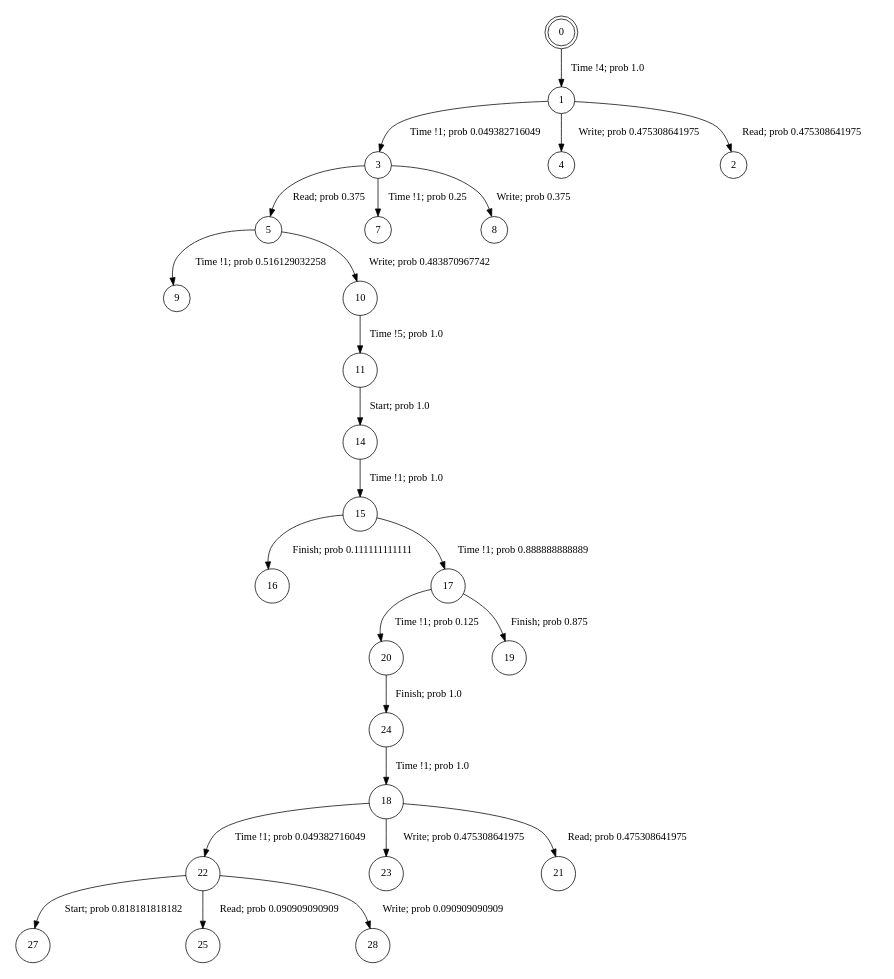
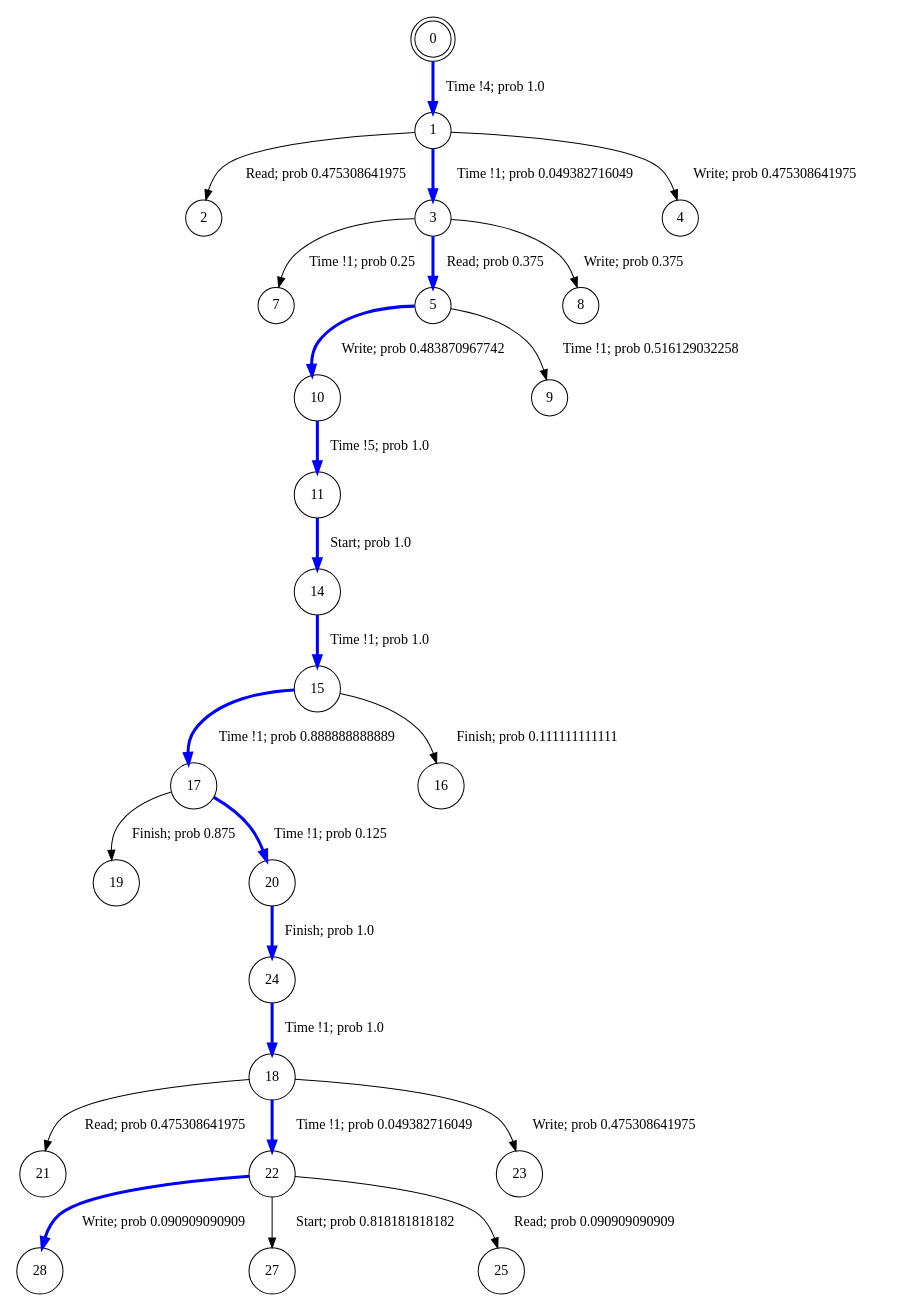
The diagram in state-space-analysis/experiments/results/tpts-golden-3.dot (irmanfaqrizal/ptsv), drawn with Graphviz before and after one commit. The commit also changed 25 other files, not shown here.

```diff
--- a/state-space-analysis/experiments/results/tpts-golden-3.dot
+++ b/state-space-analysis/experiments/results/tpts-golden-3.dot
@@ -1,30 +1,30 @@
 digraph BCG {
 size = "7, 10.5";
 center = TRUE;
 node [shape = circle];
 0 [peripheries = 2];
-0 -> 1  [label = "Time !4; prob 1.0"];
-1 -> 3  [label = "Time !1; prob 0.049382716049"];
+0 -> 1  [label = "Time !4; prob 1.0", color = "blue", penwidth=3];
+1 -> 2  [label = "Read; prob 0.475308641975"];
+1 -> 3  [label = "Time !1; prob 0.049382716049", color = "blue", penwidth=3];
 1 -> 4  [label = "Write; prob 0.475308641975"];
-1 -> 2  [label = "Read; prob 0.475308641975"];
-3 -> 5  [label = "Read; prob 0.375"];
 3 -> 7  [label = "Time !1; prob 0.25"];
+3 -> 5  [label = "Read; prob 0.375", color = "blue", penwidth=3];
 3 -> 8  [label = "Write; prob 0.375"];
+5 -> 10  [label = "Write; prob 0.483870967742", color = "blue", penwidth=3];
 5 -> 9  [label = "Time !1; prob 0.516129032258"];
-5 -> 10  [label = "Write; prob 0.483870967742"];
-10 -> 11  [label = "Time !5; prob 1.0"];
-11 -> 14  [label = "Start; prob 1.0"];
-14 -> 15  [label = "Time !1; prob 1.0"];
+10 -> 11  [label = "Time !5; prob 1.0", color = "blue", penwidth=3];
+11 -> 14  [label = "Start; prob 1.0", color = "blue", penwidth=3];
+14 -> 15  [label = "Time !1; prob 1.0", color = "blue", penwidth=3];
+15 -> 17  [label = "Time !1; prob 0.888888888889", color = "blue", penwidth=3];
 15 -> 16  [label = "Finish; prob 0.111111111111"];
-15 -> 17  [label = "Time !1; prob 0.888888888889"];
-17 -> 20  [label = "Time !1; prob 0.125"];
 17 -> 19  [label = "Finish; prob 0.875"];
-18 -> 22  [label = "Time !1; prob 0.049382716049"];
+17 -> 20  [label = "Time !1; prob 0.125", color = "blue", penwidth=3];
+18 -> 21  [label = "Read; prob 0.475308641975"];
+18 -> 22  [label = "Time !1; prob 0.049382716049", color = "blue", penwidth=3];
 18 -> 23  [label = "Write; prob 0.475308641975"];
-18 -> 21  [label = "Read; prob 0.475308641975"];
-20 -> 24  [label = "Finish; prob 1.0"];
+20 -> 24  [label = "Finish; prob 1.0", color = "blue", penwidth=3];
+22 -> 28  [label = "Write; prob 0.090909090909", color = "blue", penwidth=3];
 22 -> 27  [label = "Start; prob 0.818181818182"];
 22 -> 25  [label = "Read; prob 0.090909090909"];
-22 -> 28  [label = "Write; prob 0.090909090909"];
-24 -> 18  [label = "Time !1; prob 1.0"];
+24 -> 18  [label = "Time !1; prob 1.0", color = "blue", penwidth=3];
 }
```
